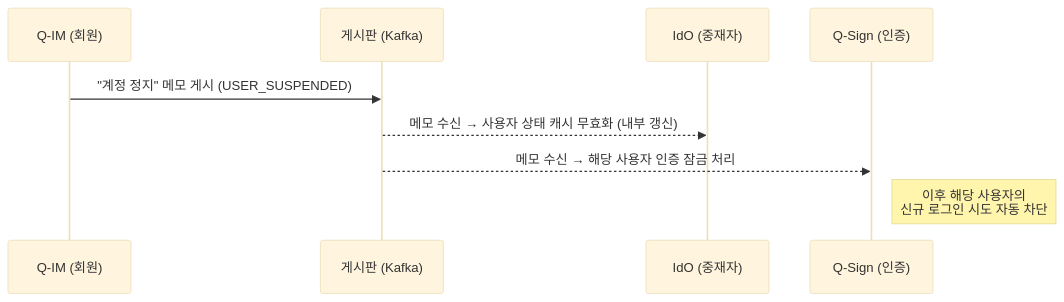
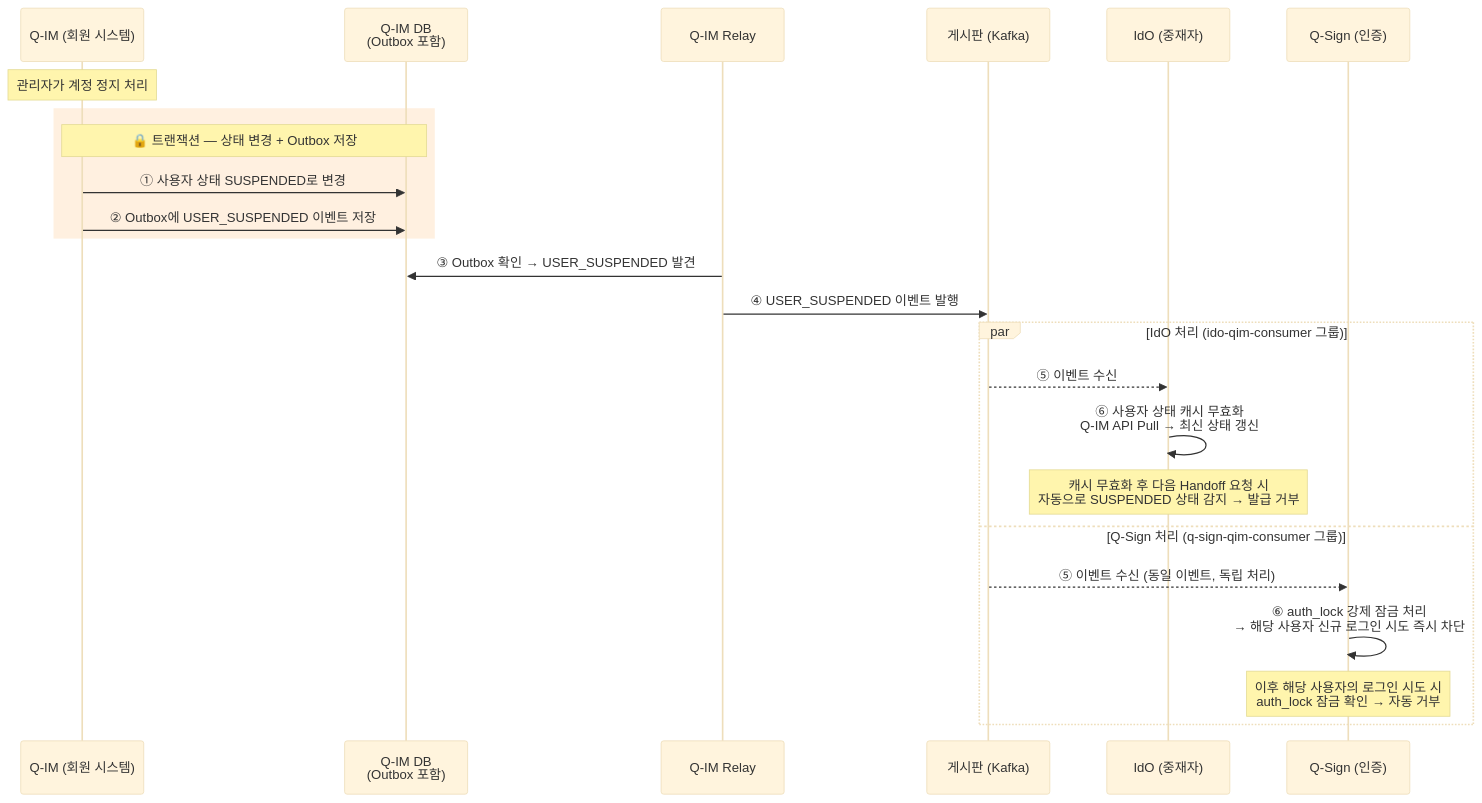
The ninth of 10 diagrams in docs/kafka_easy_guide_for_managers.md (HipsterMIN/integration-sso), drawn with Mermaid (base theme) before and after one commit. The commit also changed other lines of this file and 1 other file, not shown here.

````diff
--- a/docs/kafka_easy_guide_for_managers.md
+++ b/docs/kafka_easy_guide_for_managers.md
@@ -226,12 +340,29 @@
 ```mermaid
 sequenceDiagram
-    participant QIM as Q-IM (회원)
+    participant QIM as Q-IM (회원 시스템)
+    participant DB_QIM as Q-IM DB<br/>(Outbox 포함)
+    participant RELAY_QIM as Q-IM Relay
     participant KAFKA as 게시판 (Kafka)
     participant IDO as IdO (중재자)
     participant QS as Q-Sign (인증)
 
-    QIM->>KAFKA: "계정 정지" 메모 게시 (USER_SUSPENDED)
-    KAFKA-->>IDO: 메모 수신 → 사용자 상태 캐시 무효화 (내부 갱신)
-    KAFKA-->>QS: 메모 수신 → 해당 사용자 인증 잠금 처리
-    note right of QS: 이후 해당 사용자의<br/>신규 로그인 시도 자동 차단
+    note over QIM: 관리자가 계정 정지 처리
+    rect rgb(255, 240, 224)
+        note over QIM,DB_QIM: 🔒 트랜잭션 — 상태 변경 + Outbox 저장
+        QIM->>DB_QIM: ① 사용자 상태 SUSPENDED로 변경
+        QIM->>DB_QIM: ② Outbox에 USER_SUSPENDED 이벤트 저장
+    end
+
+    RELAY_QIM->>DB_QIM: ③ Outbox 확인 → USER_SUSPENDED 발견
+    RELAY_QIM->>KAFKA: ④ USER_SUSPENDED 이벤트 발행
+
+    par IdO 처리 (ido-qim-consumer 그룹)
+        KAFKA-->>IDO: ⑤ 이벤트 수신
+        IDO->>IDO: ⑥ 사용자 상태 캐시 무효화<br/>Q-IM API Pull → 최신 상태 갱신
+        note over IDO: 캐시 무효화 후 다음 Handoff 요청 시<br/>자동으로 SUSPENDED 상태 감지 → 발급 거부
+    and Q-Sign 처리 (q-sign-qim-consumer 그룹)
+        KAFKA-->>QS: ⑤ 이벤트 수신 (동일 이벤트, 독립 처리)
+        QS->>QS: ⑥ auth_lock 강제 잠금 처리<br/>→ 해당 사용자 신규 로그인 시도 즉시 차단
+        note over QS: 이후 해당 사용자의 로그인 시도 시<br/>auth_lock 잠금 확인 → 자동 거부
+    end
 ```
````
